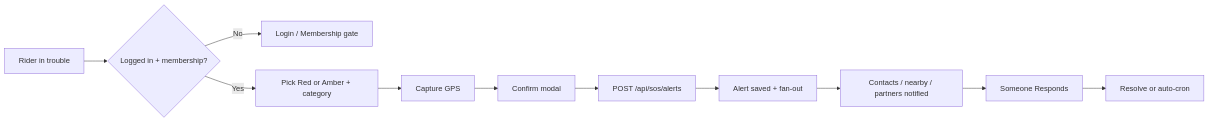
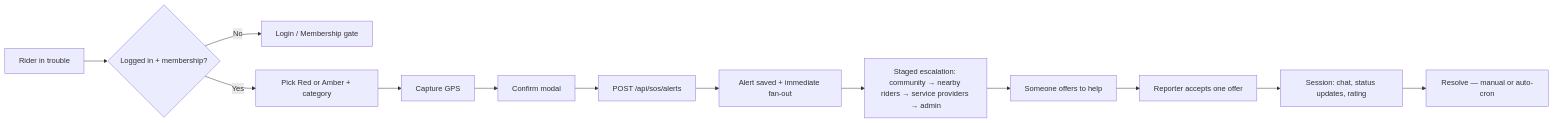
One commit to RiteshKumarNitk/bikie changed the first of 5 diagrams in .docs/SOS.md. Above: the diagram before and after it, drawn with Mermaid. The commit also changed other lines of this file and 57 other files, not shown here.

````diff
--- a/.docs/SOS.md
+++ b/.docs/SOS.md
@@ -11,13 +18,15 @@
 ```mermaid
 flowchart LR
   A[Rider in trouble] --> B{Logged in + membership?}
   B -->|No| Z[Login / Membership gate]
   B -->|Yes| C[Pick Red or Amber + category]
   C --> D[Capture GPS]
   D --> E[Confirm modal]
   E --> F[POST /api/sos/alerts]
-  F --> G[Alert saved + fan-out]
-  G --> H[Contacts / nearby / partners notified]
-  H --> I[Someone Responds]
-  I --> J[Resolve or auto-cron]
+  F --> G[Alert saved + immediate fan-out]
+  G --> H[Staged escalation: community → nearby riders → service providers → admin]
+  H --> I[Someone offers to help]
+  I --> J[Reporter accepts one offer]
+  J --> K[Session: chat, status updates, rating]
+  K --> L[Resolve — manual or auto-cron]
 ```
````
